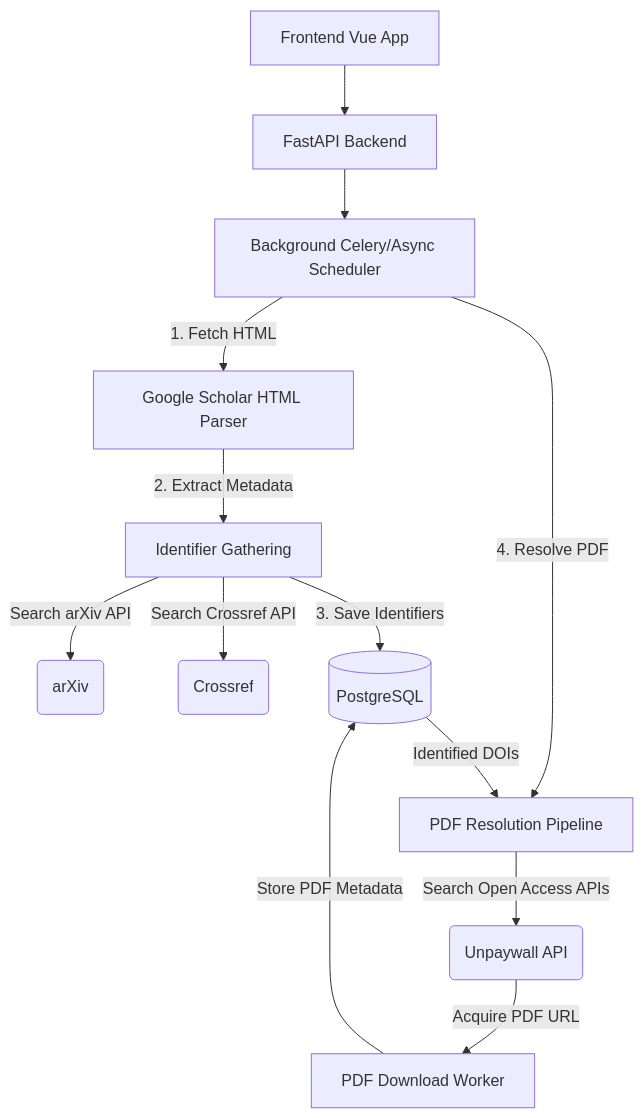
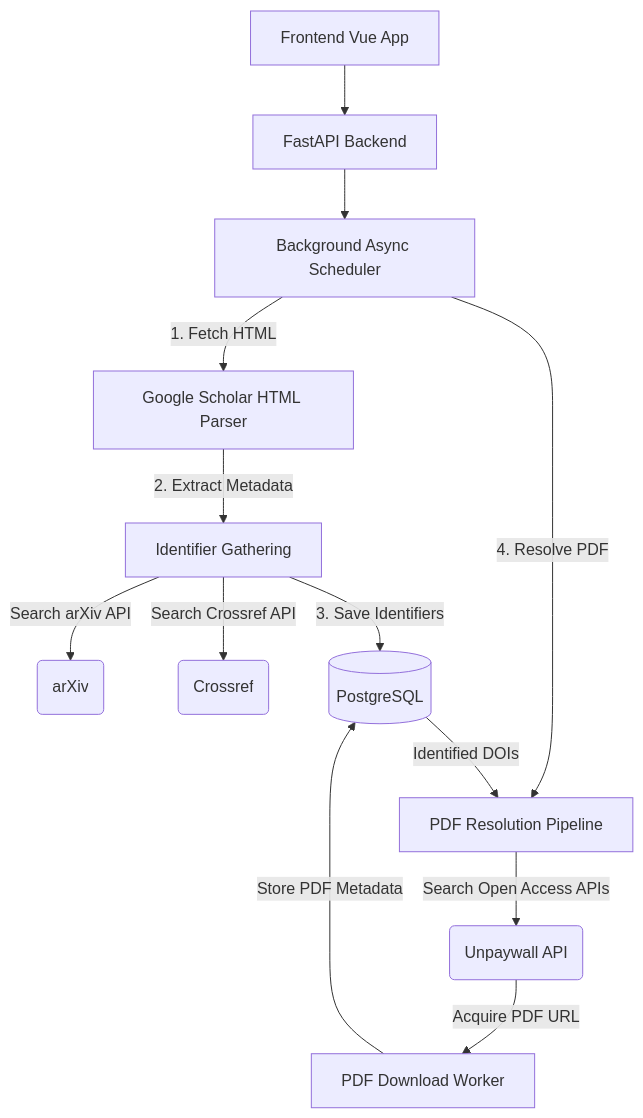
One commit to JustinZeus/scholarr changed the diagram in docs/developer/architecture.md. Above: the diagram before and after it, drawn with Mermaid. The commit also changed other lines of this file and 29 other files, not shown here.

````diff
--- a/docs/developer/architecture.md
+++ b/docs/developer/architecture.md
@@ -30,20 +141,20 @@
 ```mermaid
 graph TD
     UI[Frontend Vue App] --> API[FastAPI Backend]
-    API --> Scheduler[Background Celery/Async Scheduler]
-    
+    API --> Scheduler[Background Async Scheduler]
+
     Scheduler -->|1. Fetch HTML| Scholar[Google Scholar HTML Parser]
     Scholar -->|2. Extract Metadata| IdentifierModule[Identifier Gathering]
-    
+
     IdentifierModule -->|Search arXiv API| API1(arXiv)
     IdentifierModule -->|Search Crossref API| API2(Crossref)
-    
+
     IdentifierModule -->|3. Save Identifiers| DB[(PostgreSQL)]
-    
+
     Scheduler -->|4. Resolve PDF| PDFPipeline[PDF Resolution Pipeline]
     DB --> |Identified DOIs| PDFPipeline
     PDFPipeline -->|Search Open Access APIs| Unpaywall(Unpaywall API)
-    
+
     Unpaywall --> |Acquire PDF URL| PDFWorker[PDF Download Worker]
-    PDFWorker --> |Store PDF Metadata| DB 
+    PDFWorker --> |Store PDF Metadata| DB
 ```
````
